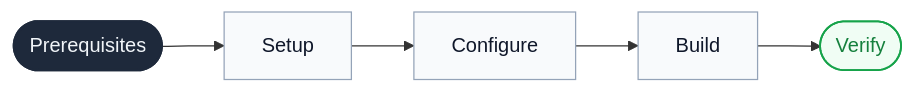
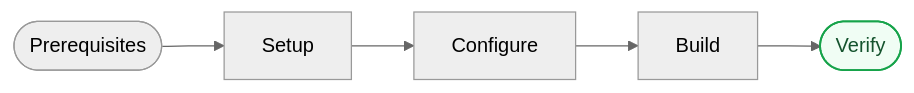
One commit to Hotusa-Data/ehc-agent-harness changed the diagram in skills/utils-skills/mermaid-diagrams/templates/how_to_guide.md. Above: the diagram before and after it, drawn with Mermaid. The commit also changed other lines of this file and 15 other files, not shown here.

Commit message:
improve mermaid diagrams

````diff
--- a/skills/utils-skills/mermaid-diagrams/templates/how_to_guide.md
+++ b/skills/utils-skills/mermaid-diagrams/templates/how_to_guide.md
@@ -49,18 +49,18 @@
 ```mermaid
+---
+config:
+  theme: neutral
+---
 flowchart LR
     accTitle: Tutorial Process Overview
     accDescr: High-level steps from prerequisites through setup, configuration, and verification
 
     prereqs(["Prerequisites"]) --> setup["Setup"]
     setup --> configure["Configure"]
     configure --> build["Build"]
     build --> verify(["Verify"])
 
-    classDef start_end fill:#1e293b,stroke:#1e293b,stroke-width:2px,color:#f1f5f9
-    classDef action    fill:#f8fafc,stroke:#94a3b8,stroke-width:1px,color:#0f172a
-    classDef done      fill:#f0fdf4,stroke:#16a34a,stroke-width:1.5px,color:#15803d
+    classDef ok fill:#f0fdf4,stroke:#16a34a,stroke-width:1.5px,color:#14532d
 
-    class prereqs start_end
-    class setup,configure,build action
-    class verify done
+    class verify ok
 ```
````
